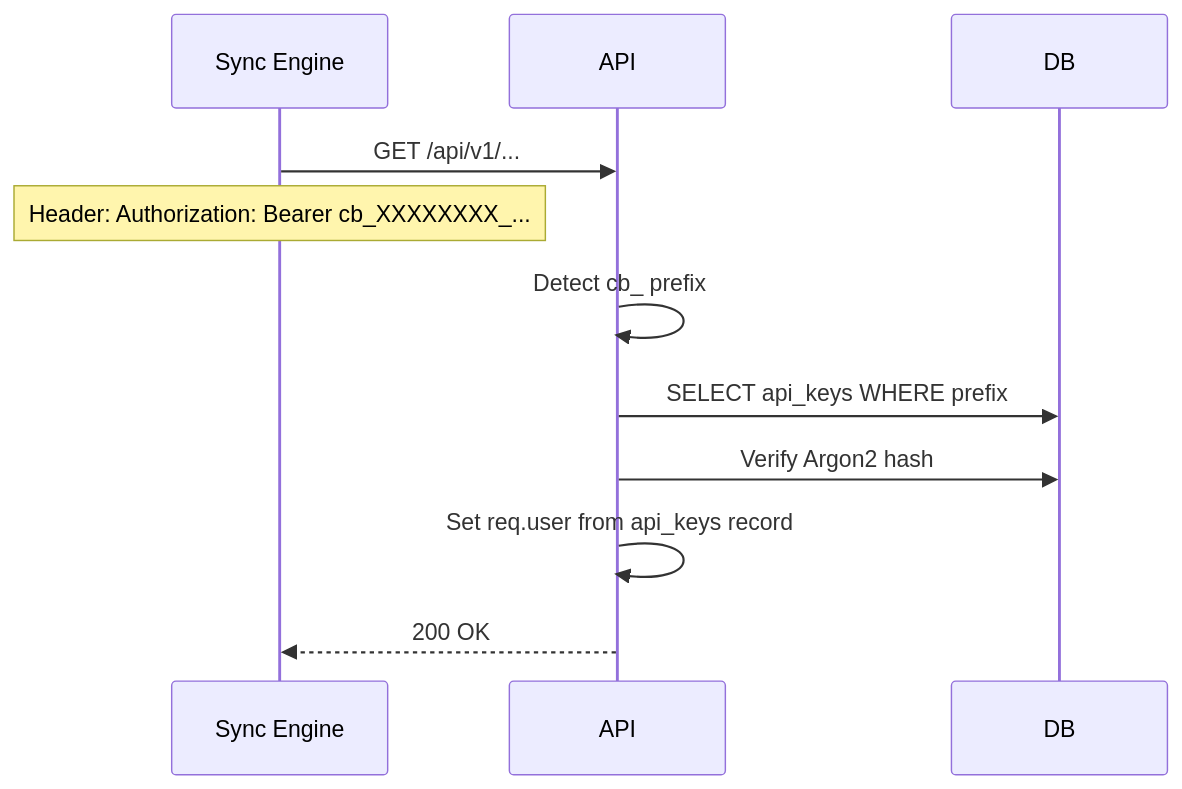
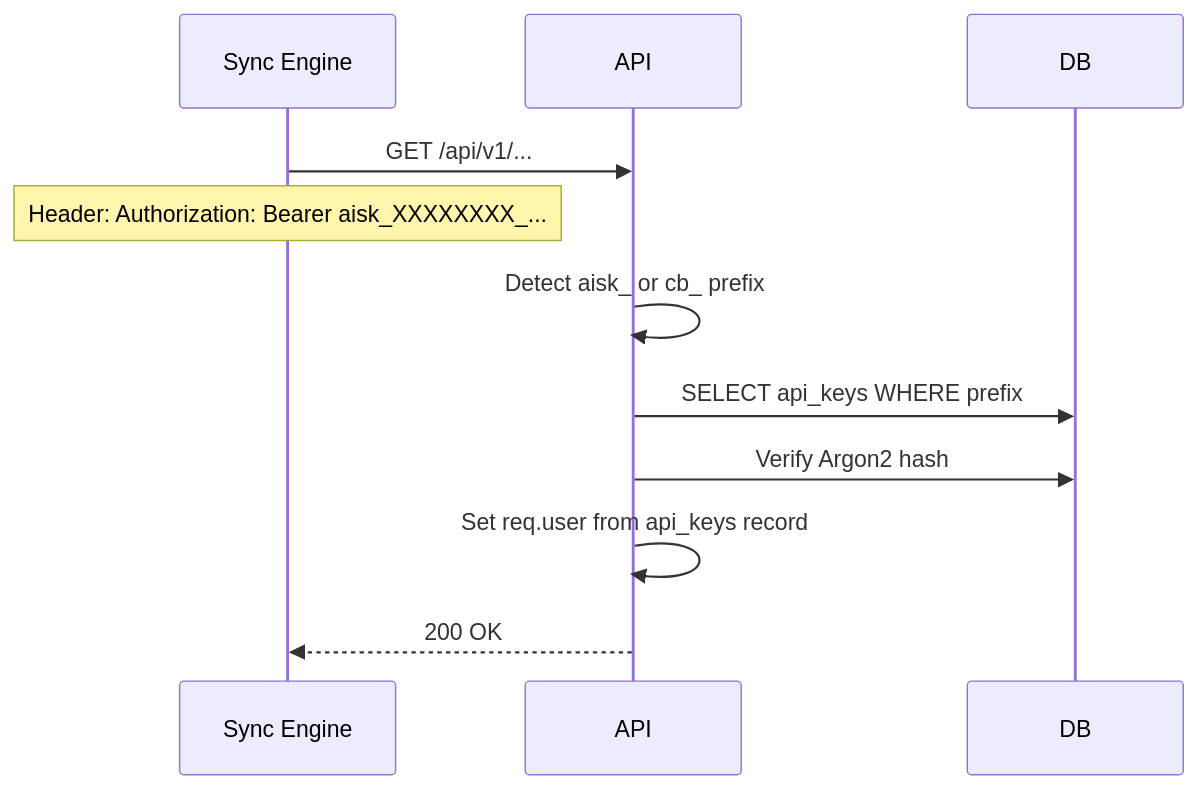
One commit to Smx27/codeburn changed the seventh of 8 diagrams in docs/architecture/authentication-flow.md. Above: the diagram before and after it, drawn with Mermaid. The commit also changed 53 other files, not shown here.

````diff
--- a/docs/architecture/authentication-flow.md
+++ b/docs/architecture/authentication-flow.md
@@ -133,13 +133,13 @@
 ```mermaid
 sequenceDiagram
     participant Agent as Sync Engine
     participant API as API
 
     Agent->>API: GET /api/v1/...
-    Note over Agent: Header: Authorization: Bearer cb_XXXXXXXX_...
-    API->>API: Detect cb_ prefix
+    Note over Agent: Header: Authorization: Bearer aisk_XXXXXXXX_...
+    API->>API: Detect aisk_ or cb_ prefix
     API->>DB: SELECT api_keys WHERE prefix
     API->>DB: Verify Argon2 hash
     API->>API: Set req.user from api_keys record
     API-->>Agent: 200 OK
 ```
````
